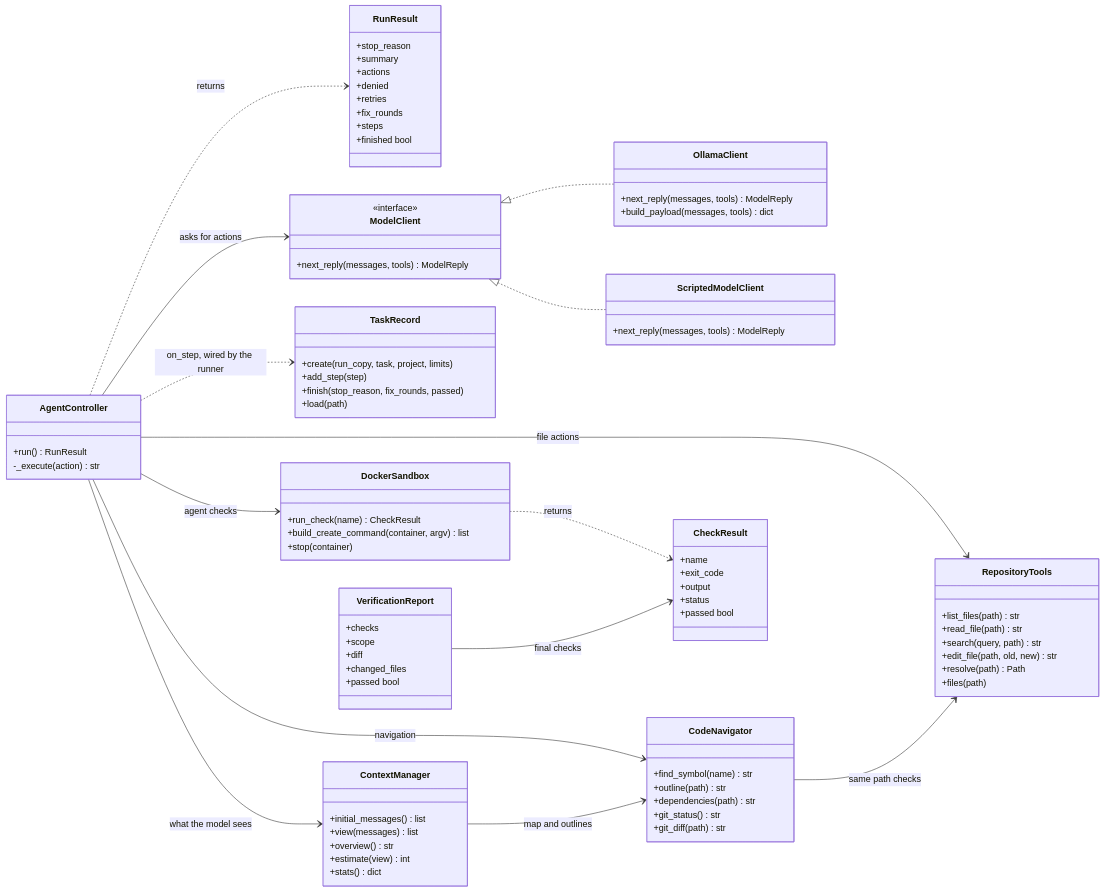
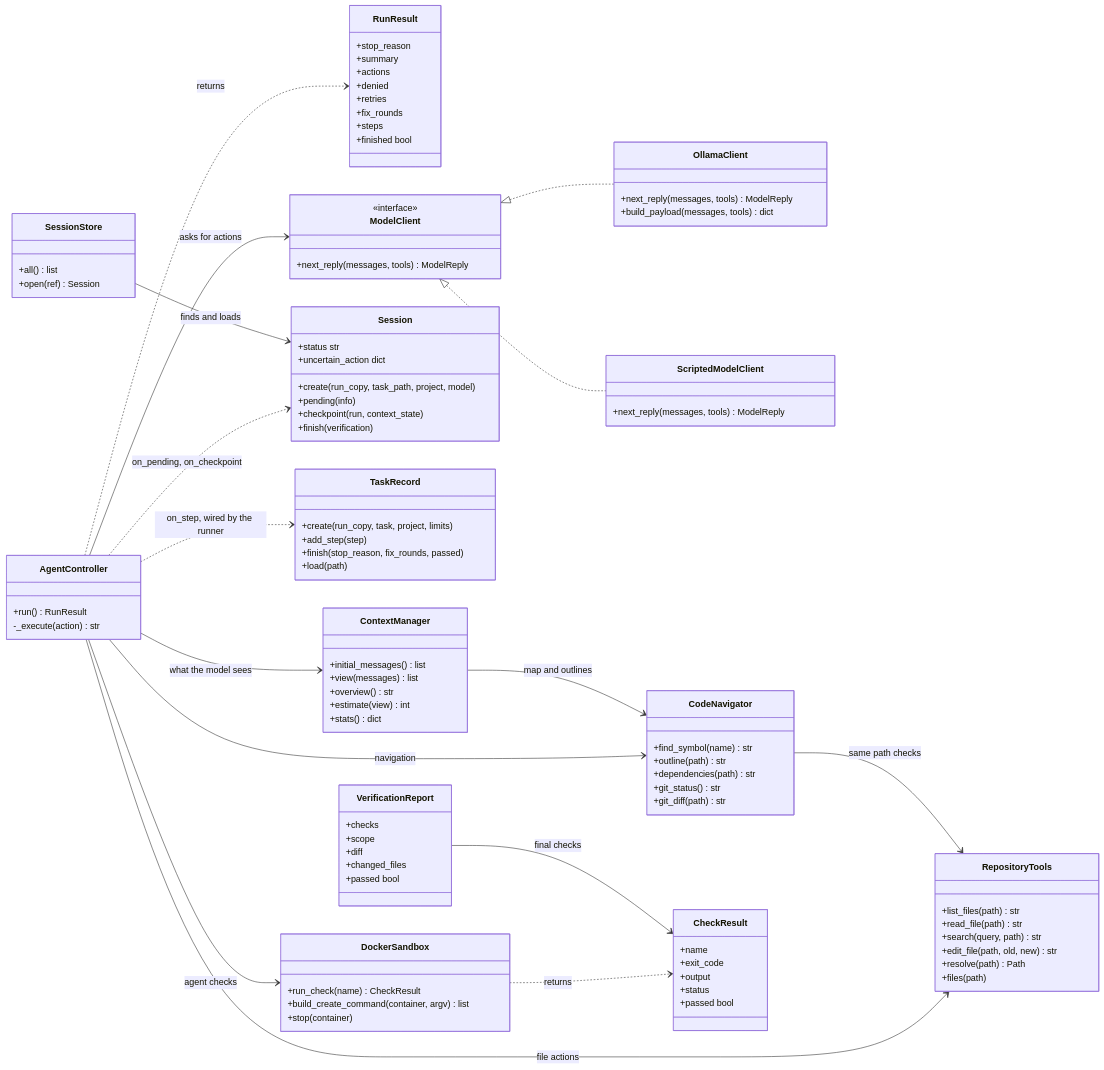
The second of 6 diagrams in README.md (linda-gan/swe25-aaia-coding-harness), drawn with Mermaid before and after one commit. The commit also changed other lines of this file and 6 other files, not shown here.

````diff
--- a/README.md
+++ b/README.md
@@ -266,6 +282,18 @@
         +edit_file(path, old, new) str
         +resolve(path) Path
         +files(path)
+    }
+    class Session {
+        +create(run_copy, task_path, project, model)
+        +pending(info)
+        +checkpoint(run, context_state)
+        +finish(verification)
+        +status str
+        +uncertain_action dict
+    }
+    class SessionStore {
+        +all() list
+        +open(ref) Session
     }
     class TaskRecord {
         +create(run_copy, task, project, limits)
@@ -317,6 +345,8 @@
     AgentController --> DockerSandbox : agent checks
     AgentController ..> RunResult : returns
     AgentController ..> TaskRecord : on_step, wired by the runner
+    AgentController ..> Session : on_pending, on_checkpoint
+    SessionStore --> Session : finds and loads
     DockerSandbox ..> CheckResult : returns
     VerificationReport --> CheckResult : final checks
 ```
````
